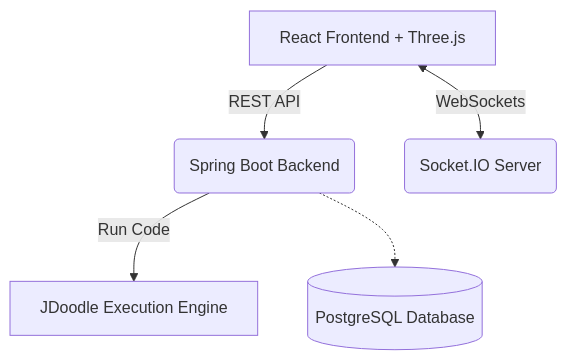
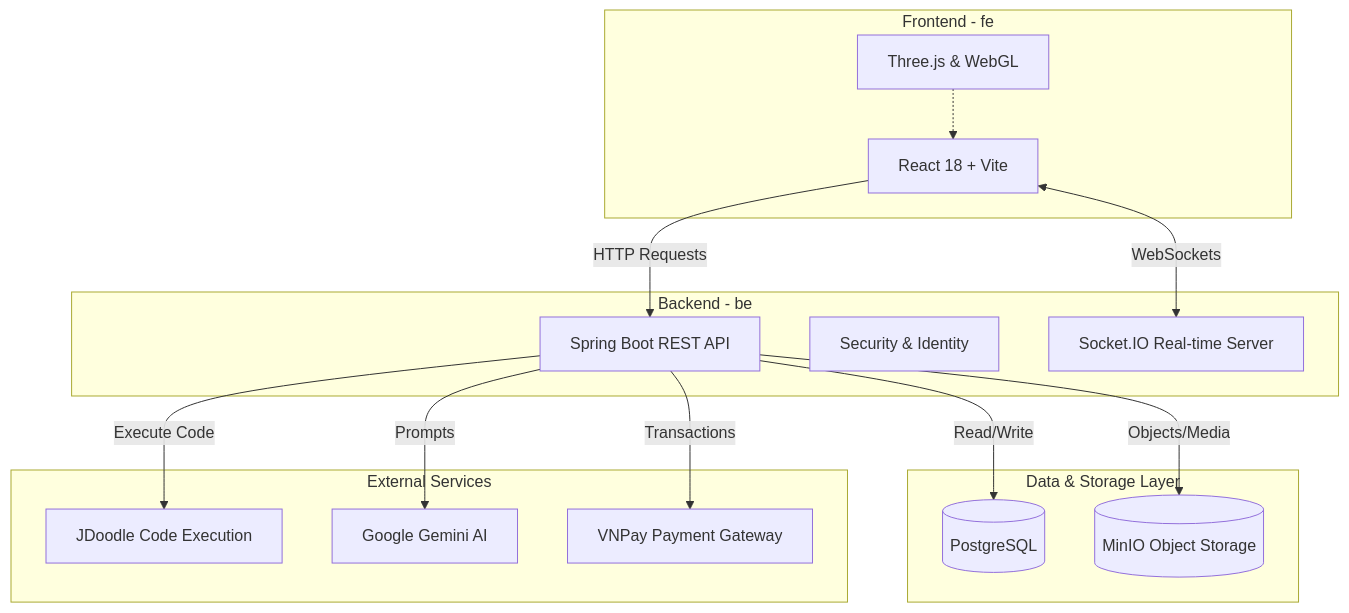
The diagram in README.md (Naammmdz/trickcode), drawn with Mermaid before and after one commit. The commit also changed other lines of this file, not shown here.

Commit message:
docs: replace simple architecture diagram with detailed layered architecture

````diff
--- a/README.md
+++ b/README.md
@@ -46,7 +46,34 @@
 ```mermaid
 graph TD
-    Client[React Frontend + Three.js] -->|REST API| Backend(Spring Boot Backend)
-    Client <-->|WebSockets| Socket(Socket.IO Server)
-    Backend -->|Run Code| JDoodle[JDoodle Execution Engine]
-    Backend -.-> DB[(PostgreSQL Database)]
+    subgraph Presentation Layer [Frontend - fe]
+        React[React 18 + Vite]
+        ThreeJS[Three.js & WebGL]
+    end
+
+    subgraph Application Layer [Backend - be]
+        API[Spring Boot REST API]
+        Auth[Security & Identity]
+        WS[Socket.IO Real-time Server]
+    end
+
+    subgraph Data & Storage Layer
+        DB[(PostgreSQL)]
+        MinIO[(MinIO Object Storage)]
+    end
+
+    subgraph External Services
+        JDoodle[JDoodle Code Execution]
+        Gemini[Google Gemini AI]
+        VNPay[VNPay Payment Gateway]
+    end
+
+    %% Flow connections
+    React -->|HTTP Requests| API
+    ThreeJS -.-> React
+    React <-->|WebSockets| WS
+    API -->|Read/Write| DB
+    API -->|Objects/Media| MinIO
+    API -->|Execute Code| JDoodle
+    API -->|Prompts| Gemini
+    API -->|Transactions| VNPay
 ```
````
